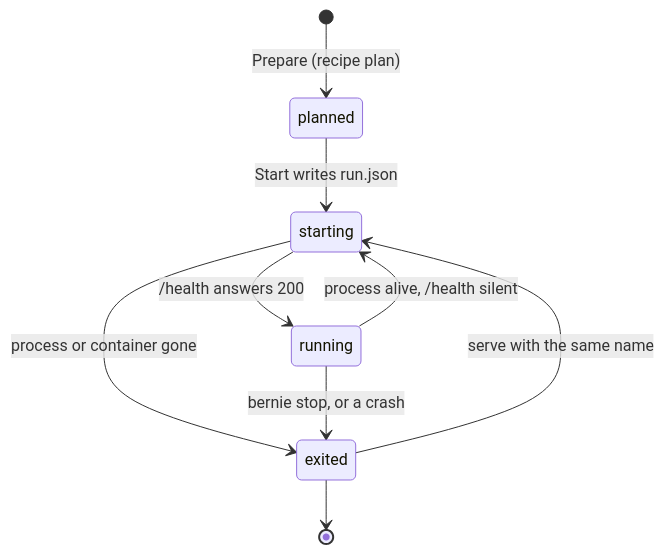
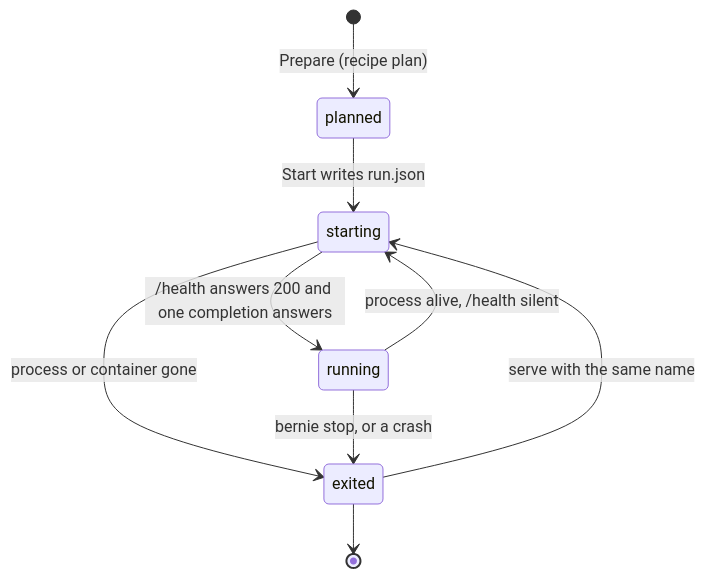
Before and after one commit to opengfx1030/bernie: the sixth of 7 diagrams in docs/architecture.md, drawn with Mermaid. The commit also changed other lines of this file and 9 other files, not shown here.

First line of the commit message:
runner: a run is running only after it answers a completion

````diff
--- a/docs/architecture.md
+++ b/docs/architecture.md
@@ -469,11 +469,11 @@
 ```mermaid
 stateDiagram-v2
   [*] --> planned: Prepare (recipe plan)
   planned --> starting: Start writes run.json
-  starting --> running: /health answers 200
+  starting --> running: /health answers 200 and one completion answers
   running --> starting: process alive, /health silent
   starting --> exited: process or container gone
   running --> exited: bernie stop, or a crash
   exited --> starting: serve with the same name
   exited --> [*]
 ```
````
